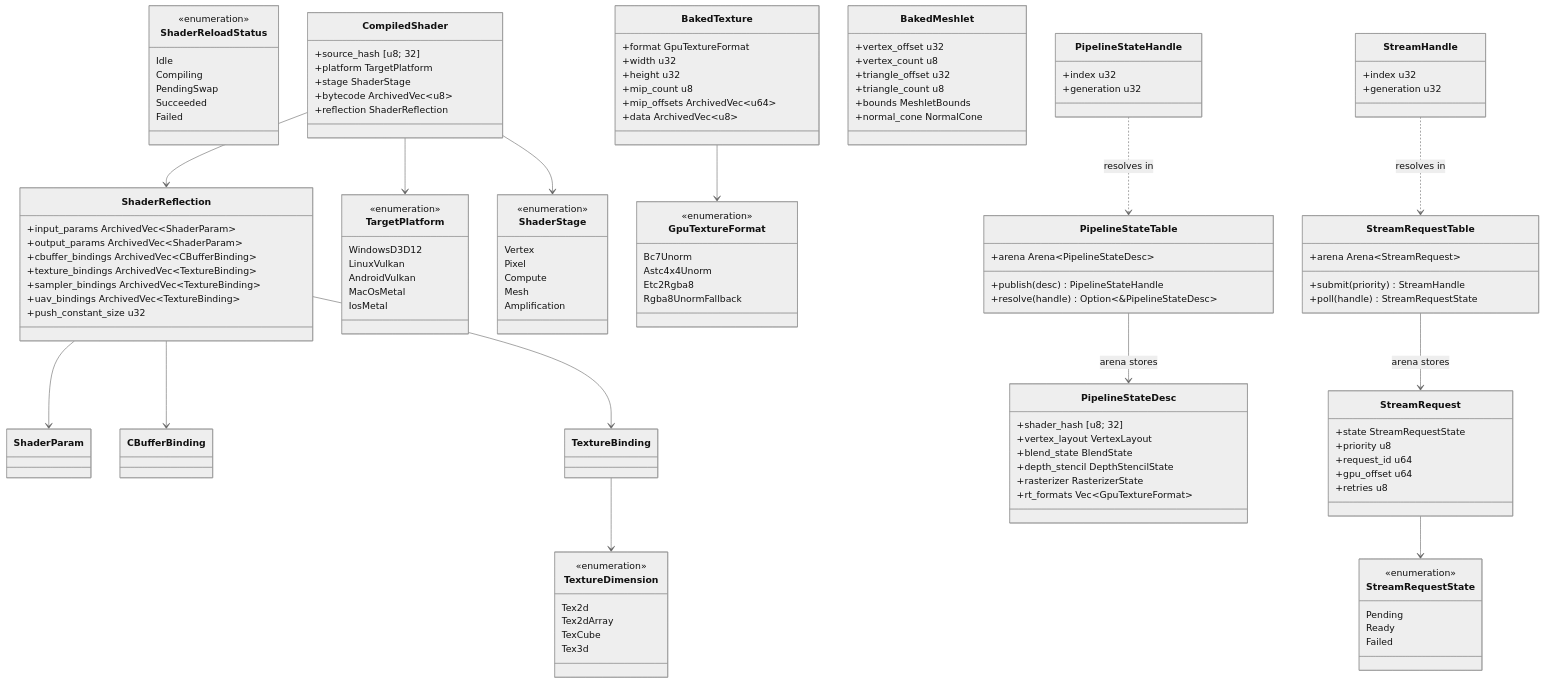
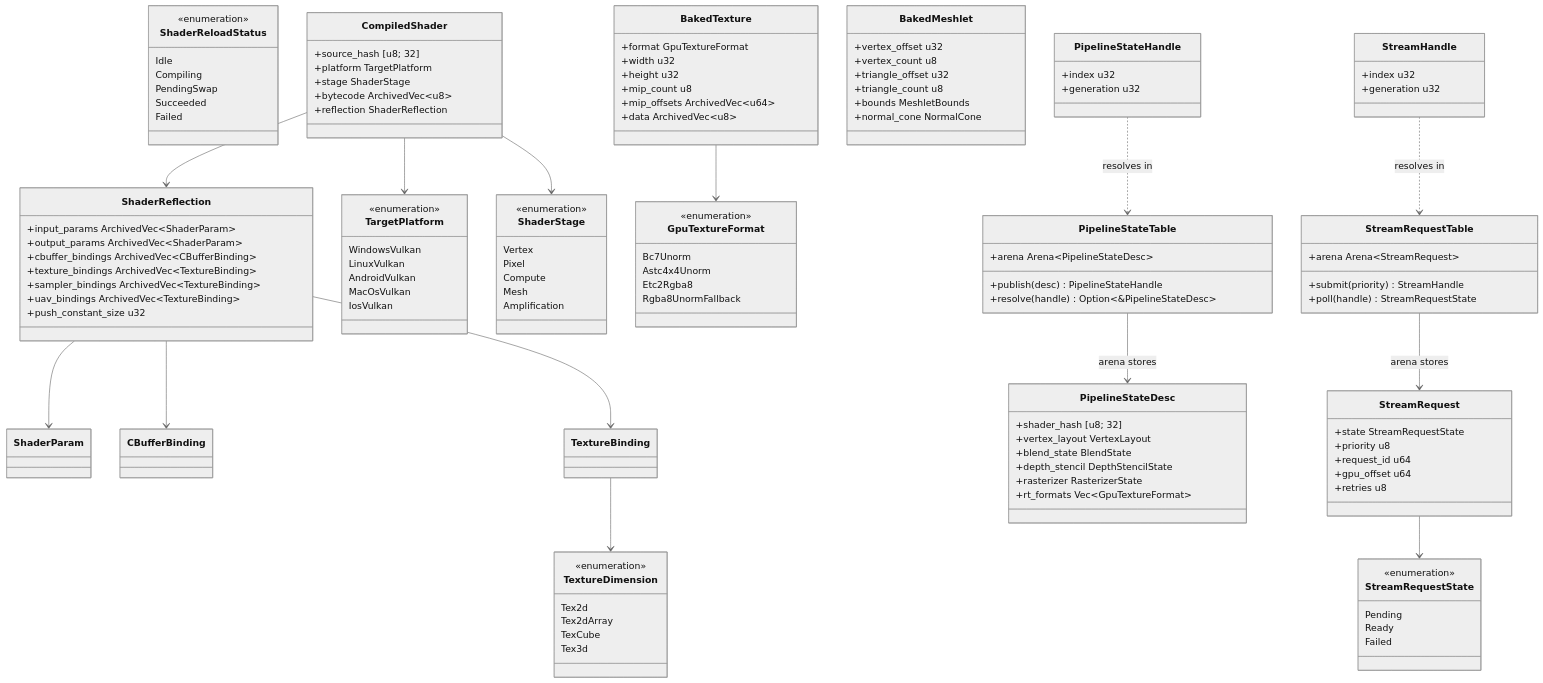
The first of 4 diagrams in docs/design/integration/asset-pipeline-rendering.md (harmonius-dev/harmonius), drawn with Mermaid (neutral theme) before and after one commit. The commit also changed other lines of this file and 128 other files, not shown here.

```diff
--- a/docs/design/integration/asset-pipeline-rendering.md
+++ b/docs/design/integration/asset-pipeline-rendering.md
@@ -115,11 +115,11 @@
 classDiagram
     class TargetPlatform {
         <<enumeration>>
-        WindowsD3D12
+        WindowsVulkan
         LinuxVulkan
         AndroidVulkan
-        MacOsMetal
-        IosMetal
+        MacOsVulkan
+        IosVulkan
     }
 
     class ShaderStage {
```
